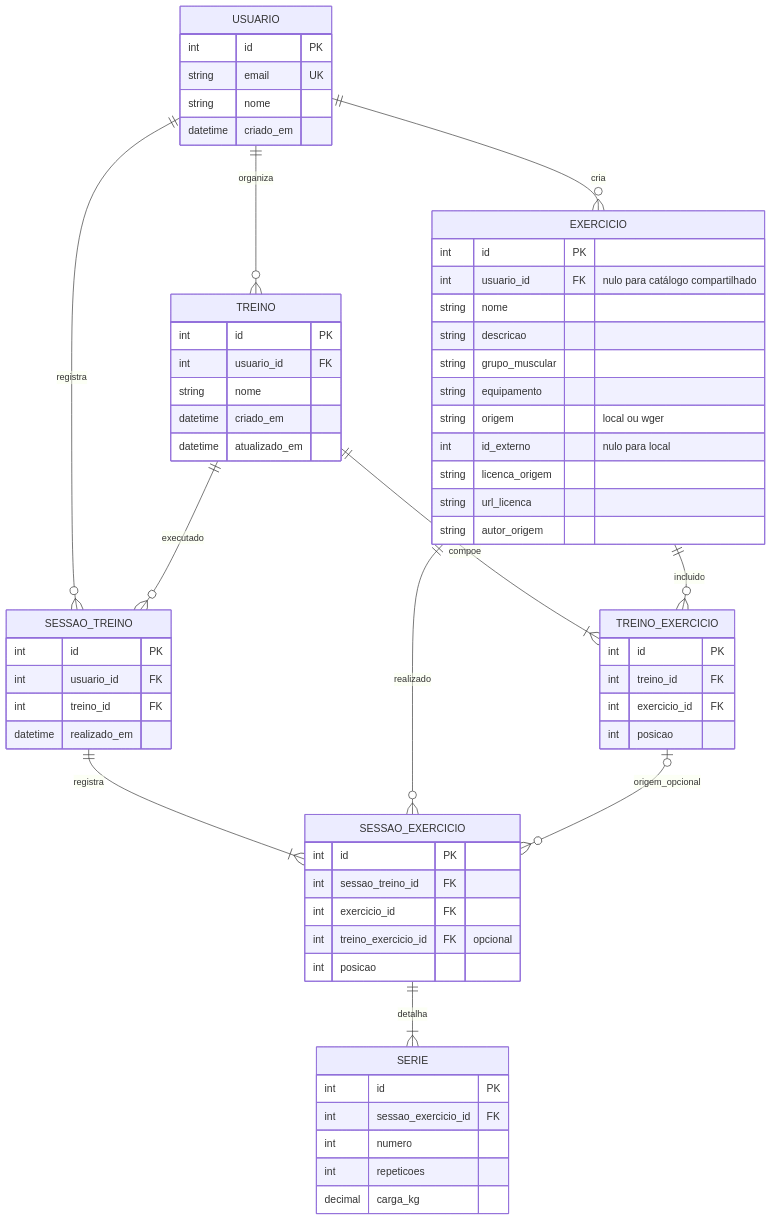
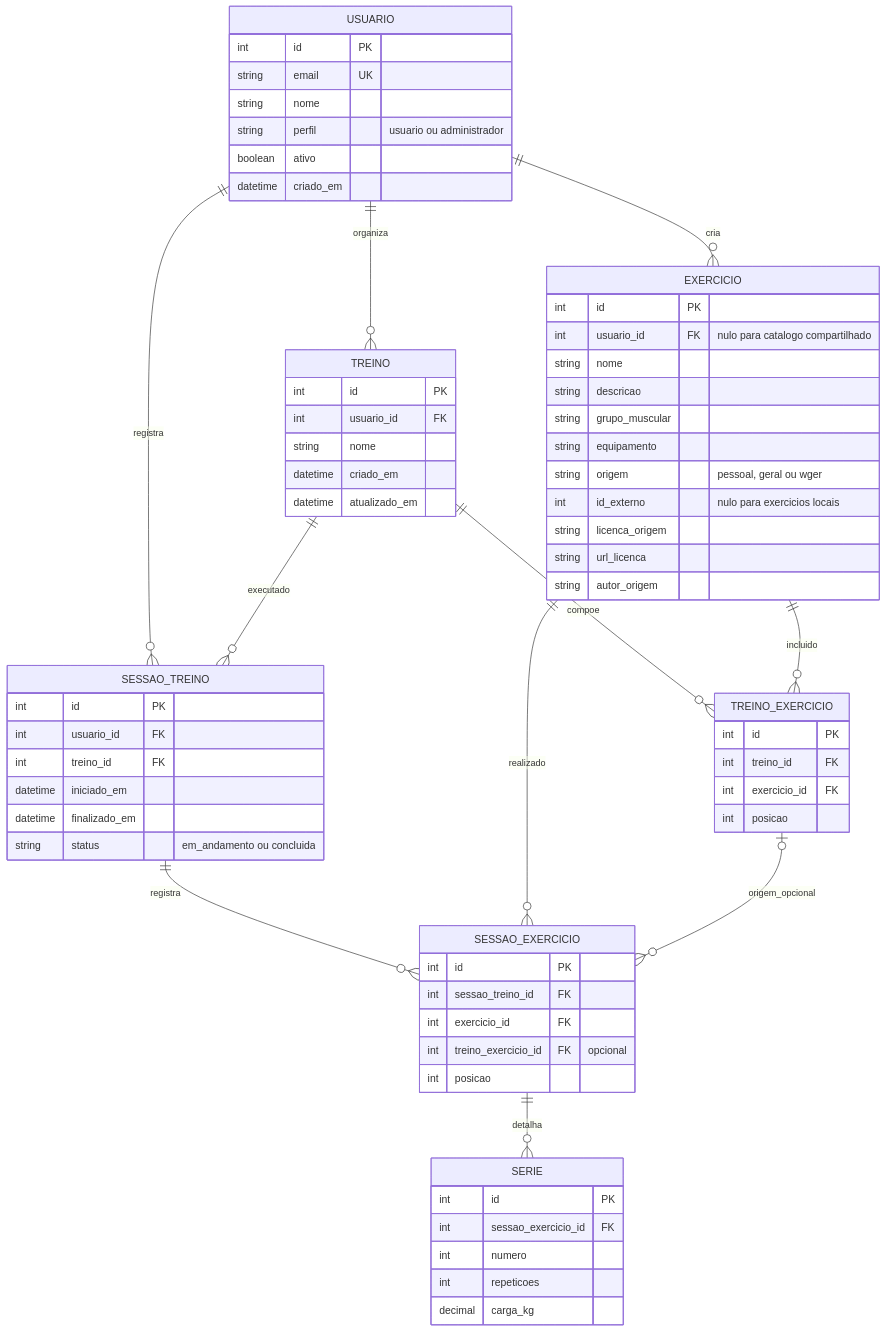
The diagram in docs/banco-de-dados/modelo-de-dados.md (dcastroz/evolift), drawn with Mermaid before and after one commit. The commit also changed other lines of this file and 8 other files, not shown here.

````diff
--- a/docs/banco-de-dados/modelo-de-dados.md
+++ b/docs/banco-de-dados/modelo-de-dados.md
@@ -9,66 +9,70 @@
 ```mermaid
 erDiagram
     USUARIO ||--o{ EXERCICIO : "cria"
     USUARIO ||--o{ TREINO : "organiza"
     USUARIO ||--o{ SESSAO_TREINO : "registra"
-    TREINO ||--|{ TREINO_EXERCICIO : "compoe"
+    TREINO ||--o{ TREINO_EXERCICIO : "compoe"
     EXERCICIO ||--o{ TREINO_EXERCICIO : "incluido"
     TREINO ||--o{ SESSAO_TREINO : "executado"
-    SESSAO_TREINO ||--|{ SESSAO_EXERCICIO : "registra"
+    SESSAO_TREINO ||--o{ SESSAO_EXERCICIO : "registra"
     EXERCICIO ||--o{ SESSAO_EXERCICIO : "realizado"
     TREINO_EXERCICIO o|--o{ SESSAO_EXERCICIO : "origem_opcional"
-    SESSAO_EXERCICIO ||--|{ SERIE : "detalha"
+    SESSAO_EXERCICIO ||--o{ SERIE : "detalha"
 
     USUARIO {
         int id PK
         string email UK
         string nome
+        string perfil "usuario ou administrador"
+        boolean ativo
         datetime criado_em
     }
     EXERCICIO {
         int id PK
-        int usuario_id FK "nulo para catálogo compartilhado"
+        int usuario_id FK "nulo para catalogo compartilhado"
         string nome
         string descricao
         string grupo_muscular
         string equipamento
-        string origem "local ou wger"
-        int id_externo "nulo para local"
+        string origem "pessoal, geral ou wger"
+        int id_externo "nulo para exercicios locais"
         string licenca_origem
         string url_licenca
         string autor_origem
     }
     TREINO {
         int id PK
         int usuario_id FK
         string nome
         datetime criado_em
         datetime atualizado_em
     }
     TREINO_EXERCICIO {
         int id PK
         int treino_id FK
         int exercicio_id FK
         int posicao
     }
     SESSAO_TREINO {
         int id PK
         int usuario_id FK
         int treino_id FK
-        datetime realizado_em
+        datetime iniciado_em
+        datetime finalizado_em
+        string status "em_andamento ou concluida"
     }
     SESSAO_EXERCICIO {
         int id PK
         int sessao_treino_id FK
         int exercicio_id FK
         int treino_exercicio_id FK "opcional"
         int posicao
     }
     SERIE {
         int id PK
         int sessao_exercicio_id FK
         int numero
         int repeticoes
         decimal carga_kg
     }
 ```
````
